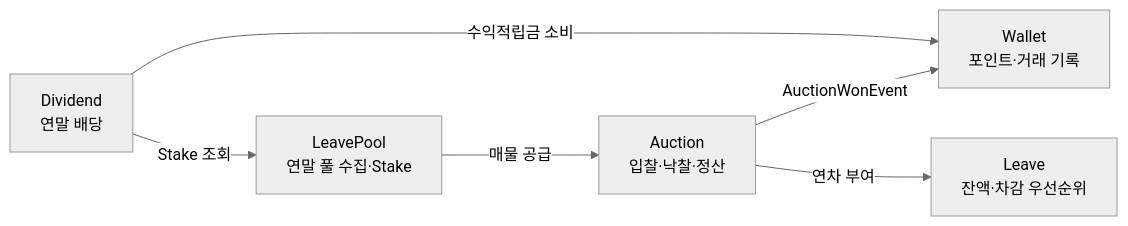
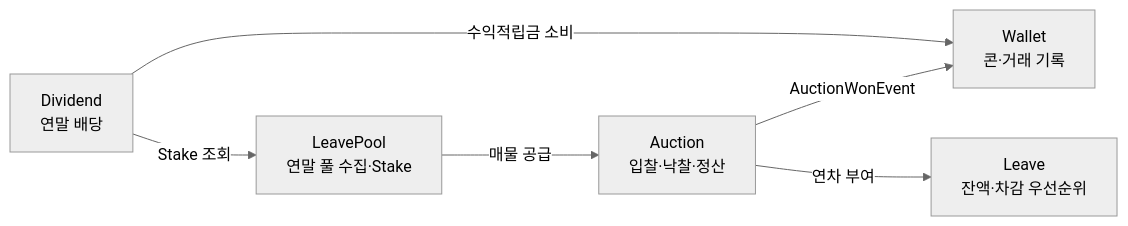
The second of 2 diagrams in docs/03_design/uml/06-component-hexagonal.md (R-and-J/TimesoftCone), drawn with Mermaid (neutral theme) before and after one commit. The commit also changed 129 other files, not shown here.

````diff
--- a/docs/03_design/uml/06-component-hexagonal.md
+++ b/docs/03_design/uml/06-component-hexagonal.md
@@ -80,8 +80,8 @@
 ```mermaid
 flowchart LR
     LP["LeavePool<br/>연말 풀 수집·Stake"] -->|매물 공급| AU["Auction<br/>입찰·낙찰·정산"]
-    AU -->|AuctionWonEvent| WA["Wallet<br/>포인트·거래 기록"]
+    AU -->|AuctionWonEvent| WA["Wallet<br/>콘·거래 기록"]
     AU -->|연차 부여| LV["Leave<br/>잔액·차감 우선순위"]
     DV["Dividend<br/>연말 배당"] -->|Stake 조회| LP
     DV -->|수익적립금 소비| WA
 ```
````
